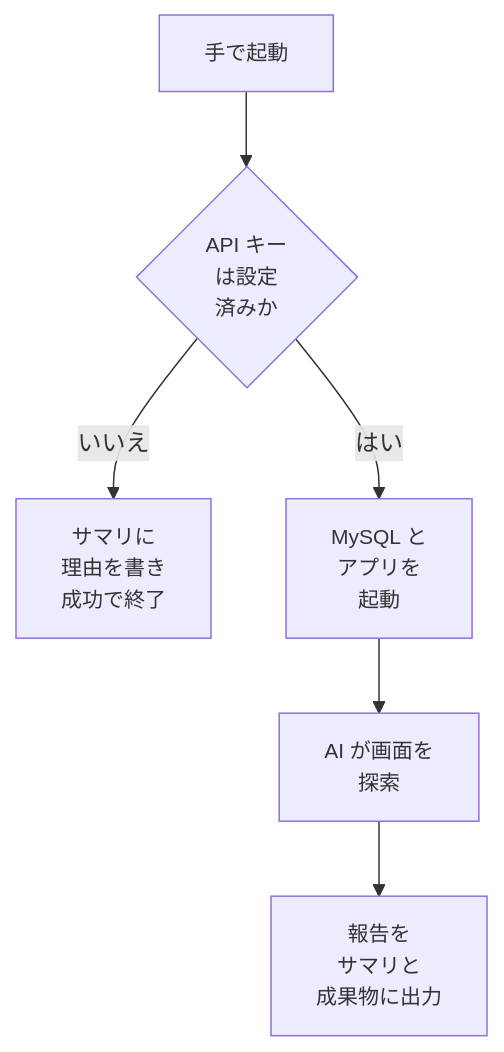
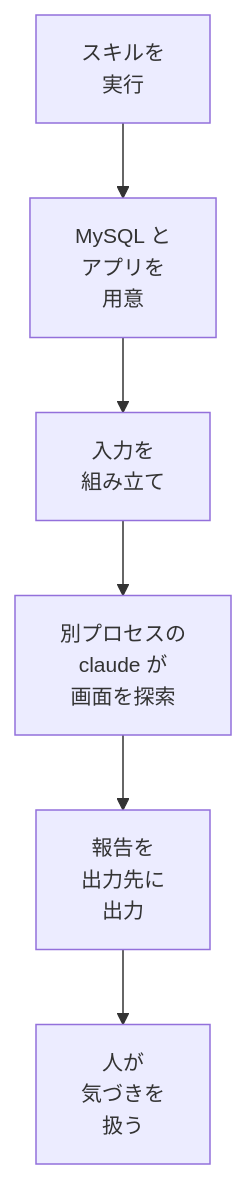
The diagram in examples/kotlin-spring/docs/02b.md (toshio-shiratori/harness-test-strategy), drawn with Mermaid before and after one commit. The commit also changed other lines of this file and 6 other files, not shown here.

````diff
--- a/examples/kotlin-spring/docs/02b.md
+++ b/examples/kotlin-spring/docs/02b.md
@@ -56,9 +69,9 @@
 ```mermaid
 flowchart TB
-  A["手で起動"] --> B{"API キー<br/>は設定<br/>済みか"}
-  B -- いいえ --> C["サマリに<br/>理由を書き<br/>成功で終了"]
-  B -- はい --> D["MySQL と<br/>アプリを<br/>起動"]
-  D --> E["AI が画面を<br/>探索"]
-  E --> F["報告を<br/>サマリと<br/>成果物に出力"]
+  A["スキルを<br/>実行"] --> B["MySQL と<br/>アプリを<br/>用意"]
+  B --> C["入力を<br/>組み立て"]
+  C --> D["別プロセスの<br/>claude が<br/>画面を探索"]
+  D --> E["報告を<br/>出力先に<br/>出力"]
+  E --> F["人が<br/>気づきを<br/>扱う"]
   classDef default font-size:14px
 ```
````
